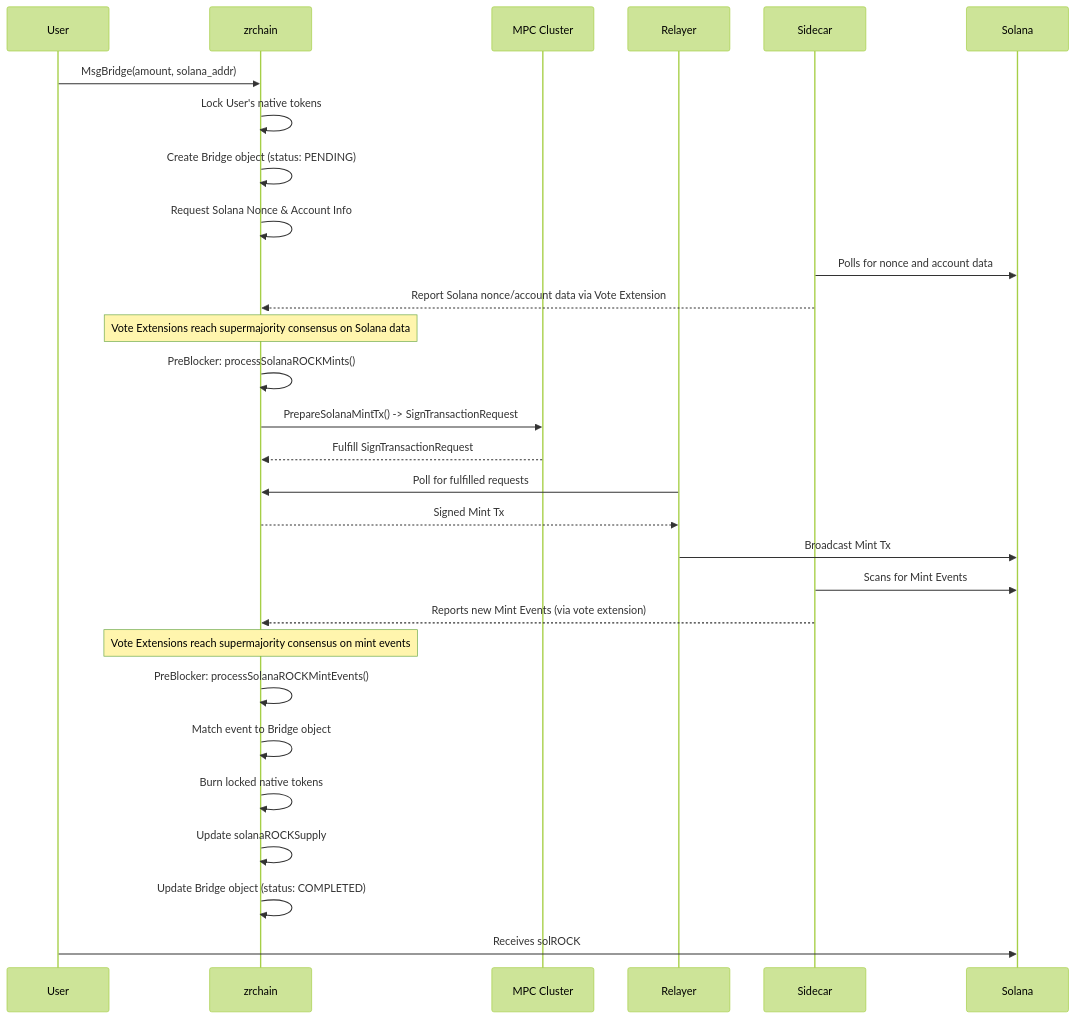
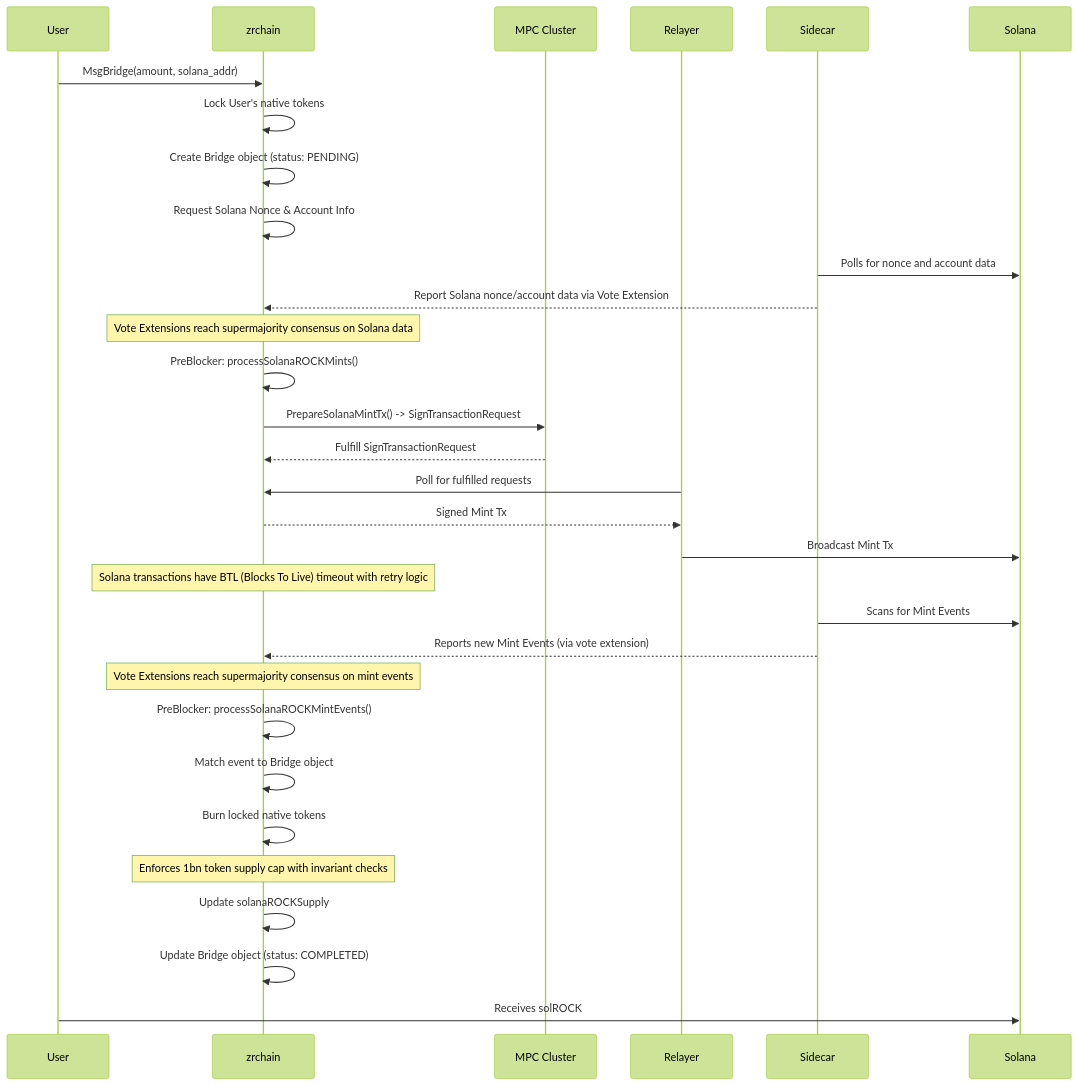
Before and after one commit to zenrocklabs/zrchain: the third of 4 diagrams in docs/README.md, drawn with Mermaid (forest theme). The commit also changed other lines of this file, not shown here.

````diff
--- a/docs/README.md
+++ b/docs/README.md
@@ -225,34 +233,36 @@
 ```mermaid
 sequenceDiagram
     participant User
     participant zrchain
     participant MPC Cluster
     participant Relayer
     participant Sidecar
     participant Solana
 
     User->>zrchain: MsgBridge(amount, solana_addr)
     zrchain->>zrchain: Lock User's native tokens
     zrchain->>zrchain: Create Bridge object (status: PENDING)
     zrchain->>zrchain: Request Solana Nonce & Account Info
 
     Sidecar->>Solana: Polls for nonce and account data
     Sidecar-->>zrchain: Report Solana nonce/account data via Vote Extension
     Note over zrchain: Vote Extensions reach supermajority consensus on Solana data
     zrchain->>zrchain: PreBlocker: processSolanaROCKMints()
     zrchain->>MPC Cluster: PrepareSolanaMintTx() -> SignTransactionRequest
     MPC Cluster-->>zrchain: Fulfill SignTransactionRequest
     Relayer->>zrchain: Poll for fulfilled requests
     zrchain-->>Relayer: Signed Mint Tx
     Relayer->>Solana: Broadcast Mint Tx
+    Note over zrchain: Solana transactions have BTL (Blocks To Live) timeout with retry logic
 
     Sidecar->>Solana: Scans for Mint Events
     Sidecar-->>zrchain: Reports new Mint Events (via vote extension)
     Note over zrchain: Vote Extensions reach supermajority consensus on mint events
     zrchain->>zrchain: PreBlocker: processSolanaROCKMintEvents()
     zrchain->>zrchain: Match event to Bridge object
     zrchain->>zrchain: Burn locked native tokens
+    Note over zrchain: Enforces 1bn token supply cap with invariant checks
     zrchain->>zrchain: Update solanaROCKSupply
     zrchain->>zrchain: Update Bridge object (status: COMPLETED)
     User->>Solana: Receives solROCK
 ```
````
